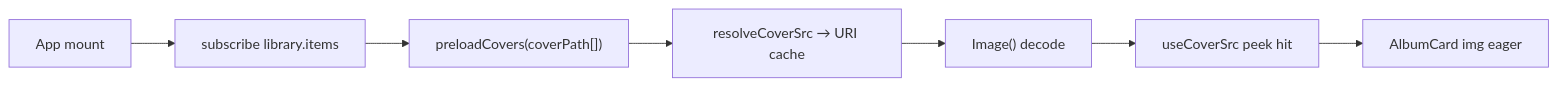
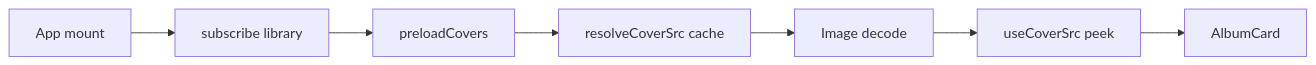
The third of 4 diagrams in docs/en/architecture/ui.md (aDarkMaker/JMFM), drawn with Mermaid before and after one commit. The commit also changed other lines of this file and 20 other files, not shown here.

Commit message:
docs: fix mermaid diagrams and tighten wiki copy

````diff
--- a/docs/en/architecture/ui.md
+++ b/docs/en/architecture/ui.md
@@ -75,9 +75,9 @@
 ```mermaid
 flowchart LR
-    app["App mount"] --> sub["subscribe library.items"]
-    sub --> preload["preloadCovers(coverPath[])"]
-    preload --> uri["resolveCoverSrc → URI cache"]
-    uri --> decode["Image() decode"]
-    decode --> hook["useCoverSrc peek hit"]
-    hook --> card["AlbumCard img eager"]
+    app[App mount] --> sub[subscribe library]
+    sub --> preload[preloadCovers]
+    preload --> uri[resolveCoverSrc cache]
+    uri --> decode[Image decode]
+    decode --> hook[useCoverSrc peek]
+    hook --> card[AlbumCard]
 ```
````
